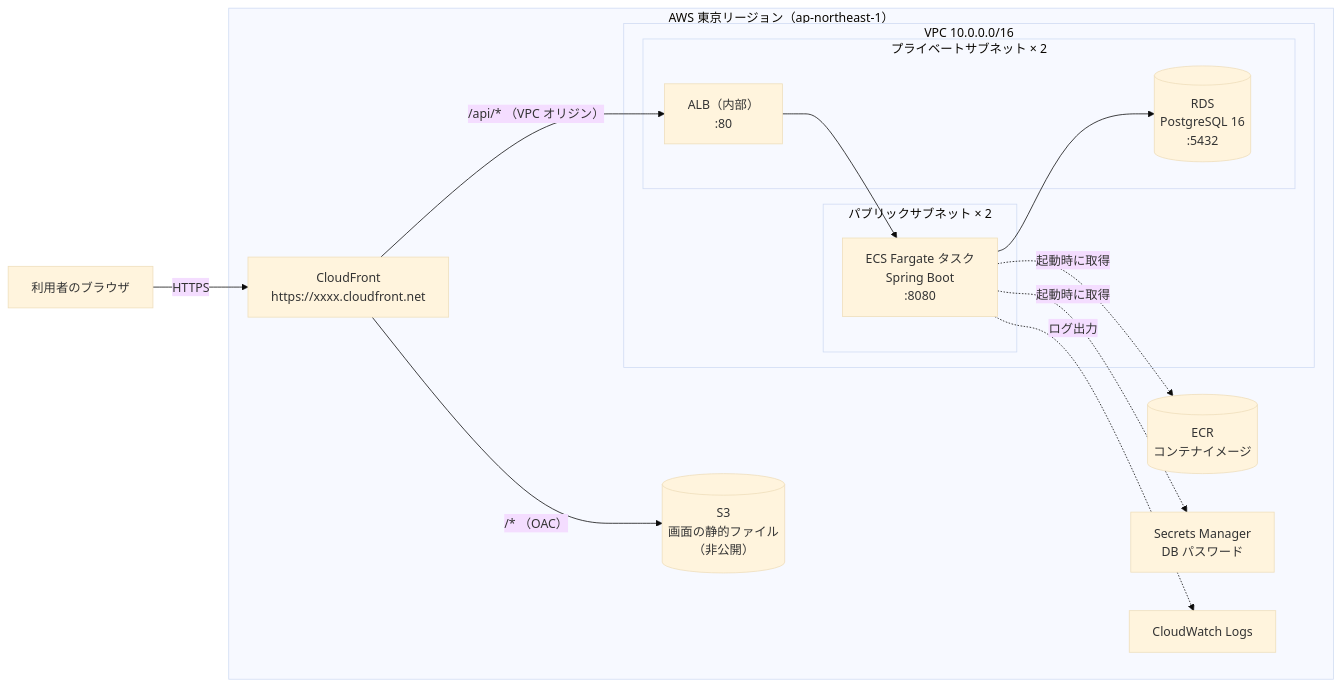
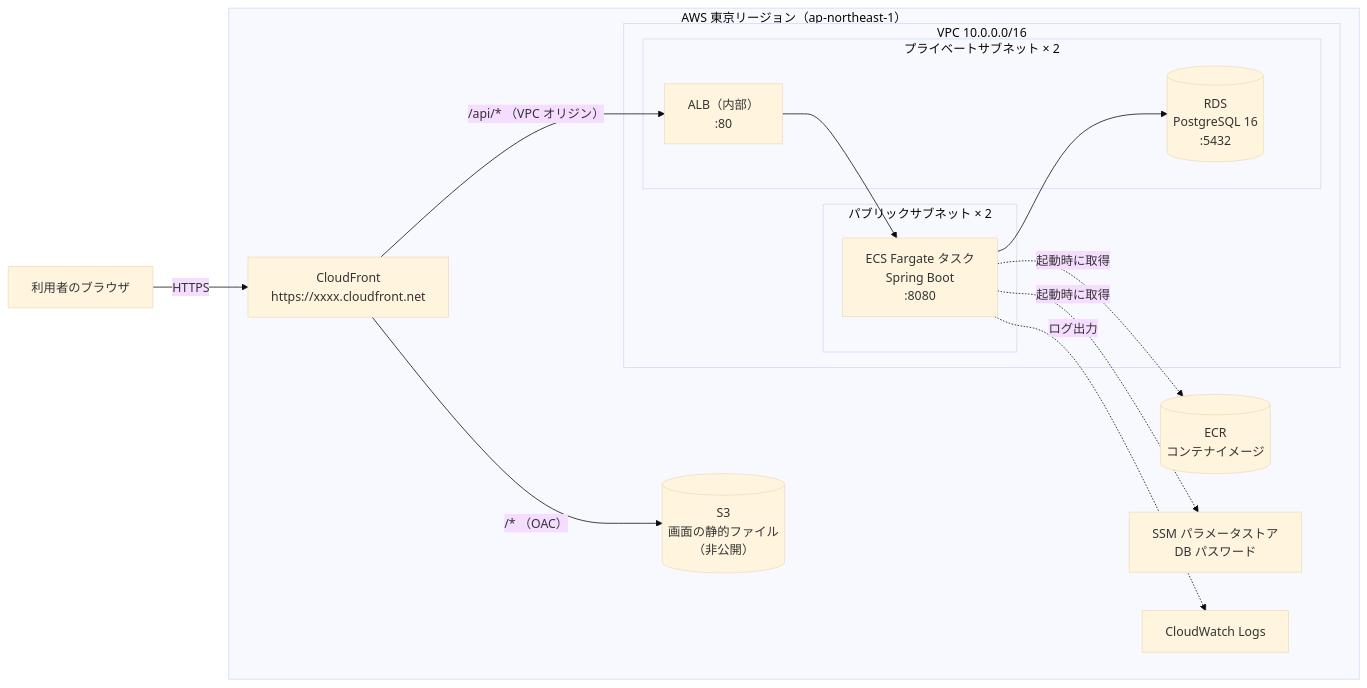
The first of 2 diagrams in docs/infra-design.md (KeiT0773/TASKMANAGEMENT), drawn with Mermaid (base theme) before and after one commit. The commit also changed other lines of this file and 10 other files, not shown here.

````diff
--- a/docs/infra-design.md
+++ b/docs/infra-design.md
@@ -58,32 +77,32 @@
 ```mermaid
 flowchart LR
     U["利用者のブラウザ"]
 
     subgraph AWS["AWS 東京リージョン（ap-northeast-1）"]
         CF["CloudFront<br/>https://xxxx.cloudfront.net"]
         S3[("S3<br/>画面の静的ファイル<br/>（非公開）")]
 
         subgraph VPC["VPC 10.0.0.0/16"]
             subgraph PUB["パブリックサブネット × 2"]
                 ECS["ECS Fargate タスク<br/>Spring Boot<br/>:8080"]
             end
             subgraph PRI["プライベートサブネット × 2"]
                 ALB["ALB（内部）<br/>:80"]
                 RDS[("RDS<br/>PostgreSQL 16<br/>:5432")]
             end
         end
 
         ECR[("ECR<br/>コンテナイメージ")]
-        SM["Secrets Manager<br/>DB パスワード"]
+        SM["SSM パラメータストア<br/>DB パスワード"]
         CW["CloudWatch Logs"]
     end
 
     U -- "HTTPS" --> CF
     CF -- "/* （OAC）" --> S3
     CF -- "/api/* （VPC オリジン）" --> ALB
     ALB --> ECS
     ECS --> RDS
     ECS -. "起動時に取得" .-> ECR
     ECS -. "起動時に取得" .-> SM
     ECS -. "ログ出力" .-> CW
 ```
````
